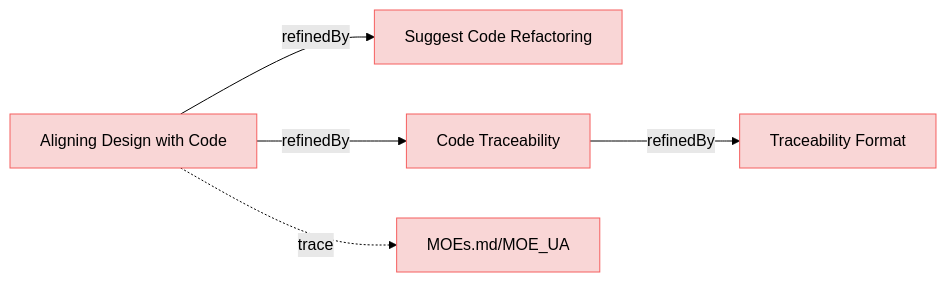
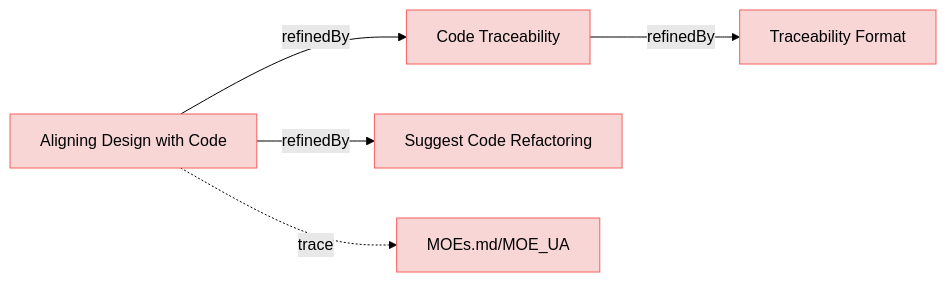
The second of 9 diagrams in specifications/UserRequirements.md (reqvire-org/reqvire), drawn with Mermaid (forest theme) before and after one commit. The commit also changed other lines of this file and 64 other files, not shown here.

````diff
--- a/specifications/UserRequirements.md
+++ b/specifications/UserRequirements.md
@@ -78,29 +78,29 @@
 ```mermaid
 graph LR;
   %% REQVIRE-AUTOGENERATED-DIAGRAM
   %% Graph styling
   classDef requirement fill:#f9d6d6,stroke:#f55f5f,stroke-width:1px;
   classDef verification fill:#d6f9d6,stroke:#5fd75f,stroke-width:1px;
   classDef externalLink fill:#d0e0ff,stroke:#3080ff,stroke-width:1px;
   classDef default fill:#f5f5f5,stroke:#333333,stroke-width:1px;
 
-  398641ced77f628c["Suggest Code Refactoring"];
-  class 398641ced77f628c requirement;
-  click 398641ced77f628c "UserRequirements.md#suggest-code-refactoring";
   26ca72b617aff229["Code Traceability"];
   class 26ca72b617aff229 requirement;
   click 26ca72b617aff229 "UserRequirements.md#code-traceability";
   9314736a59776478["Traceability Format"];
   class 9314736a59776478 requirement;
   click 9314736a59776478 "CodeTraecabilityRequirements.md#traceability-format";
   26ca72b617aff229 -->|refinedBy| 9314736a59776478;
+  398641ced77f628c["Suggest Code Refactoring"];
+  class 398641ced77f628c requirement;
+  click 398641ced77f628c "UserRequirements.md#suggest-code-refactoring";
   855a1b3061c7bcdd["Aligning Design with Code"];
   class 855a1b3061c7bcdd requirement;
   click 855a1b3061c7bcdd "UserStories.md#aligning-design-with-code";
   2c5f30f14e792200["MOEs.md/MOE_UA"];
   class 2c5f30f14e792200 requirement;
   click 2c5f30f14e792200 "MOEs.md#moe_ua";
   855a1b3061c7bcdd -.->|trace| 2c5f30f14e792200;
+  855a1b3061c7bcdd -->|refinedBy| 26ca72b617aff229;
   855a1b3061c7bcdd -->|refinedBy| 398641ced77f628c;
-  855a1b3061c7bcdd -->|refinedBy| 26ca72b617aff229;
 ```
````
